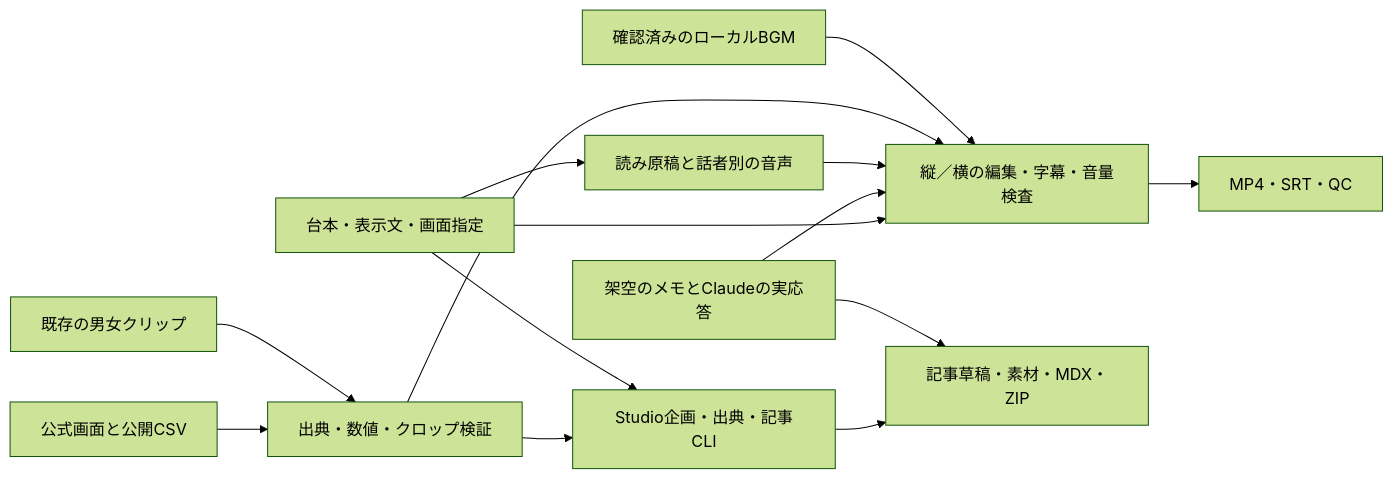
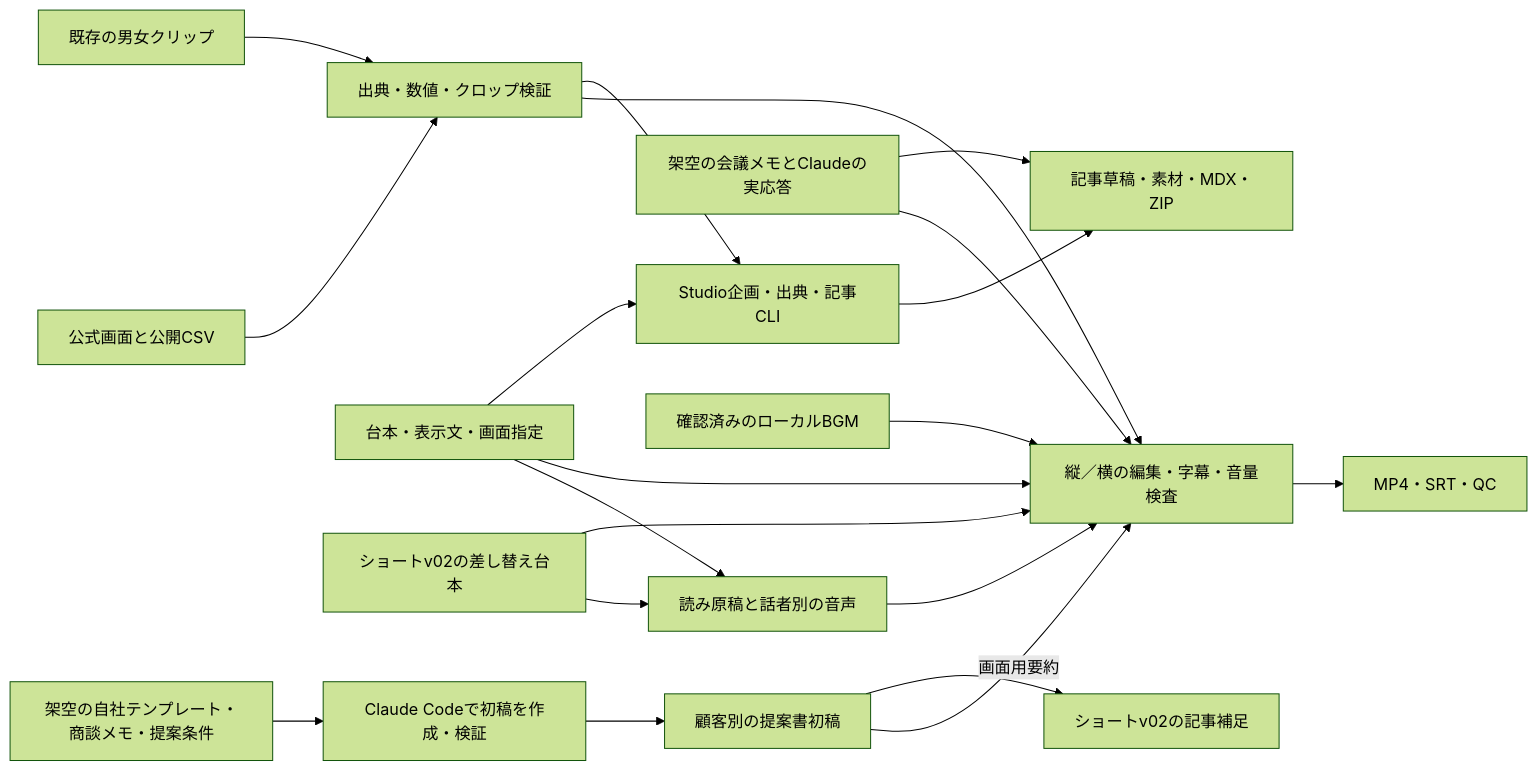
The diagram in productions/content-projects/CONTENT_20261117_japan_ai_usage/ARCHITECTURE_DIAGRAM.md (benriworks/MiniMax-H3), drawn with Mermaid (forest theme) before and after one commit. The commit also changed 21 other files, not shown here.

Commit message:
Revise Japan AI short with a customer proposal demo

````diff
--- a/productions/content-projects/CONTENT_20261117_japan_ai_usage/ARCHITECTURE_DIAGRAM.md
+++ b/productions/content-projects/CONTENT_20261117_japan_ai_usage/ARCHITECTURE_DIAGRAM.md
@@ -3,16 +3,22 @@
 ```mermaid
 flowchart LR
     Sources["公式画面と公開CSV"] --> Prepare["出典・数値・クロップ検証"]
     Legacy["既存の男女クリップ"] --> Prepare
     Story["台本・表示文・画面指定"] --> Voice["読み原稿と話者別の音声"]
+    RevisedStory["ショートv02の差し替え台本"] --> Voice
+    RevisedStory --> Render
     Story --> Render["縦／横の編集・字幕・音量検査"]
-    Demo["架空のメモとClaudeの実応答"] --> Render
+    Demo["架空の会議メモとClaudeの実応答"] --> Render
+    ProposalInputs["架空の自社テンプレート・商談メモ・提案条件"] --> Agent["Claude Codeで初稿を作成・検証"]
+    Agent --> Draft["顧客別の提案書初稿"]
+    Draft -->|画面用要約| Render
     Voice --> Render
     Prepare --> Render
     Music["確認済みのローカルBGM"] --> Render
     Render --> Video["MP4・SRT・QC"]
     Prepare --> Studio["Studio企画・出典・記事CLI"]
     Story --> Studio
     Studio --> Article["記事草稿・素材・MDX・ZIP"]
     Demo --> Article
+    Draft --> ArticleSupplement["ショートv02の記事補足"]
 ```
````
